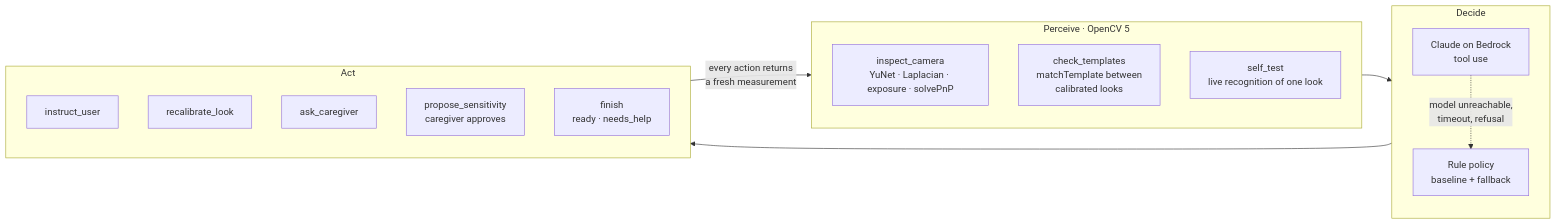
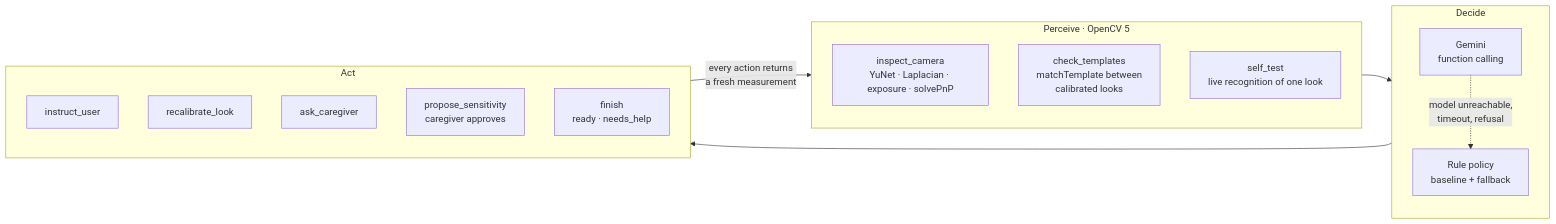
The diagram in eyelab/coach/README.md (mridulbansal4/Vakyam_2), drawn with Mermaid before and after one commit. The commit also changed other lines of this file and 20 other files, not shown here.

````diff
--- a/eyelab/coach/README.md
+++ b/eyelab/coach/README.md
@@ -7,22 +7,22 @@
 ```mermaid
 flowchart LR
     subgraph P["Perceive · OpenCV 5"]
         C["inspect_camera<br/>YuNet · Laplacian · exposure · solvePnP"]
         T["check_templates<br/>matchTemplate between<br/>calibrated looks"]
         S["self_test<br/>live recognition of one look"]
     end
     subgraph D["Decide"]
-        CL["Claude on Bedrock<br/>tool use"]
+        CL["Gemini<br/>function calling"]
         R["Rule policy<br/>baseline + fallback"]
     end
     subgraph A["Act"]
         I["instruct_user"]
         RC["recalibrate_look"]
         AC["ask_caregiver"]
         PS["propose_sensitivity<br/>caregiver approves"]
         F["finish<br/>ready · needs_help"]
     end
     P --> D --> A
     A -- "every action returns<br/>a fresh measurement" --> P
     CL -. "model unreachable,<br/>timeout, refusal" .-> R
 ```
````
